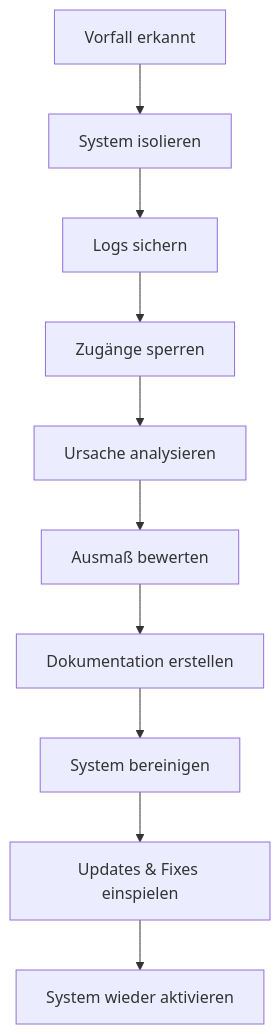
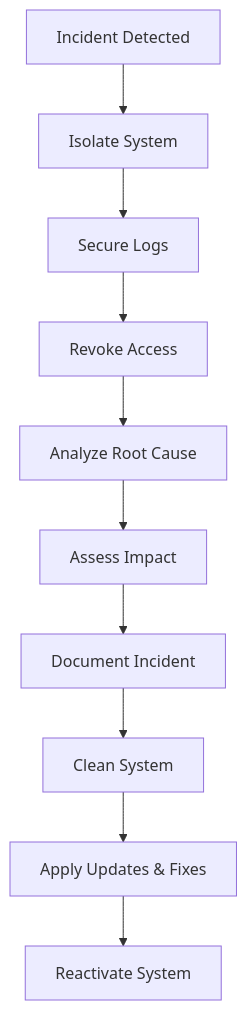
Before and after one commit to rfluethi/Easy-File-Lock: the diagram in docs/security.md, drawn with Mermaid. The commit also changed other lines of this file and 8 other files, not shown here.

````diff
--- a/docs/security.md
+++ b/docs/security.md
@@ -228,13 +228,13 @@
 ```mermaid
 %%{ init: { "theme": "default" } }%%
 flowchart TD
-    A[Vorfall erkannt] --> B[System isolieren]
-    B --> C[Logs sichern]
-    C --> D[Zugänge sperren]
-    D --> E[Ursache analysieren]
-    E --> F[Ausmaß bewerten]
-    F --> G[Dokumentation erstellen]
-    G --> H[System bereinigen]
-    H --> I[Updates & Fixes einspielen]
-    I --> J[System wieder aktivieren]
+    A[Incident Detected] --> B[Isolate System]
+    B --> C[Secure Logs]
+    C --> D[Revoke Access]
+    D --> E[Analyze Root Cause]
+    E --> F[Assess Impact]
+    F --> G[Document Incident]
+    G --> H[Clean System]
+    H --> I[Apply Updates & Fixes]
+    I --> J[Reactivate System]
 ```
````
